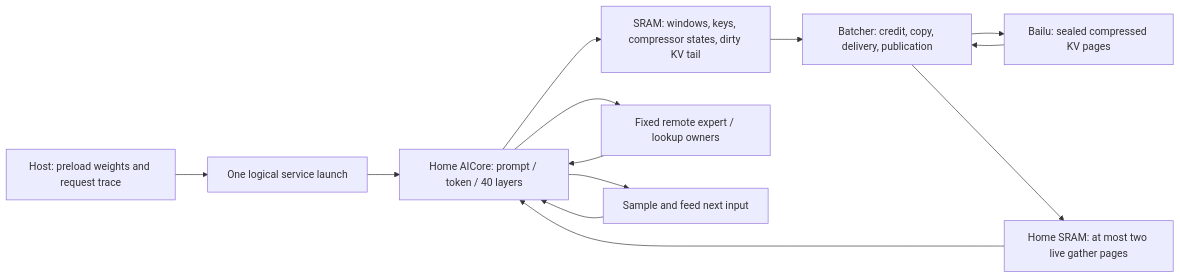
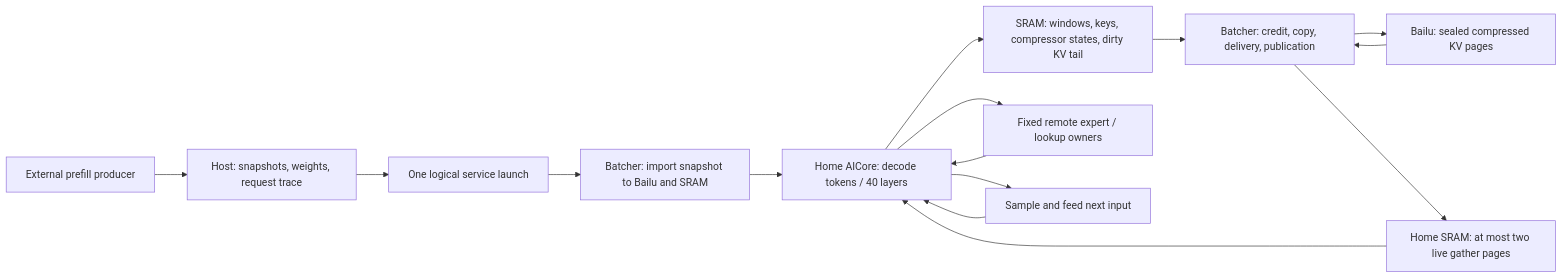
Before and after one commit to w1ue/simpler: the diagram in examples/wse/persistent_decode/README.md, drawn with Mermaid. The commit also changed other lines of this file and 13 other files, not shown here.

First line of the commit message:
Sim: import external prefill state for WSE decode

````diff
--- a/examples/wse/persistent_decode/README.md
+++ b/examples/wse/persistent_decode/README.md
@@ -123,15 +129,17 @@
 ```mermaid
 flowchart LR
-    H[Host: preload weights and request trace] --> S[One logical service launch]
-    S --> A[Home AICore: prompt / token / 40 layers]
+    P[External prefill producer] --> H[Host: snapshots, weights, request trace]
+    H --> S[One logical service launch]
+    S --> I[Batcher: import snapshot to Bailu and SRAM]
+    I --> A[Home AICore: decode tokens / 40 layers]
     A --> K[SRAM: windows, keys, compressor states, dirty KV tail]
     K --> B[Batcher: credit, copy, delivery, publication]
     B --> C[Bailu: sealed compressed KV pages]
     C --> B
     B --> G[Home SRAM: at most two live gather pages]
     G --> A
     A --> E[Fixed remote expert / lookup owners]
     E --> A
     A --> T[Sample and feed next input]
     T --> A
 ```
````
